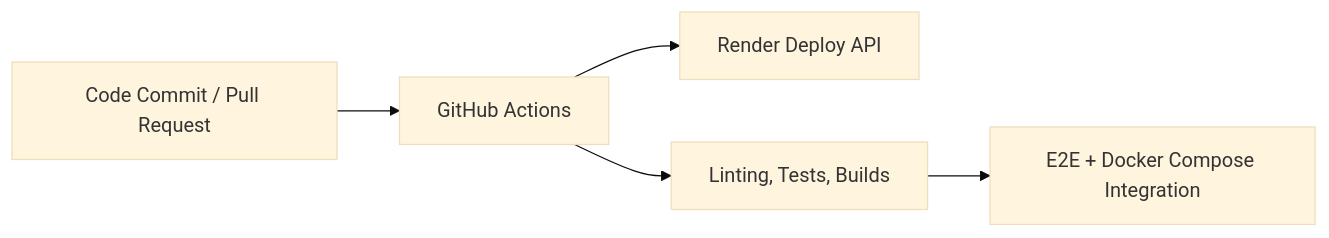
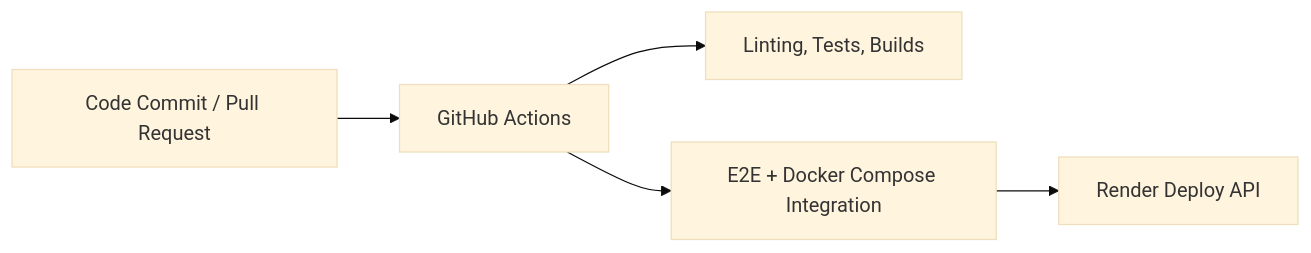
The diagram in Docs/MS2-Documentation.md (catedeguzman-it/brain_bytes), drawn with Mermaid (base theme) before and after one commit.

````diff
--- a/Docs/MS2-Documentation.md
+++ b/Docs/MS2-Documentation.md
@@ -27,7 +27,7 @@
 ```mermaid
 flowchart LR
   A[Code Commit / Pull Request] --> B[GitHub Actions]
-  B --> C[Render Deploy API]
-  B --> D[Linting, Tests, Builds]
-  D --> E[E2E + Docker Compose Integration]
+  B --> C[Linting, Tests, Builds]
+  B --> D[E2E + Docker Compose Integration]
+  D --> E[Render Deploy API]
 ```
````
